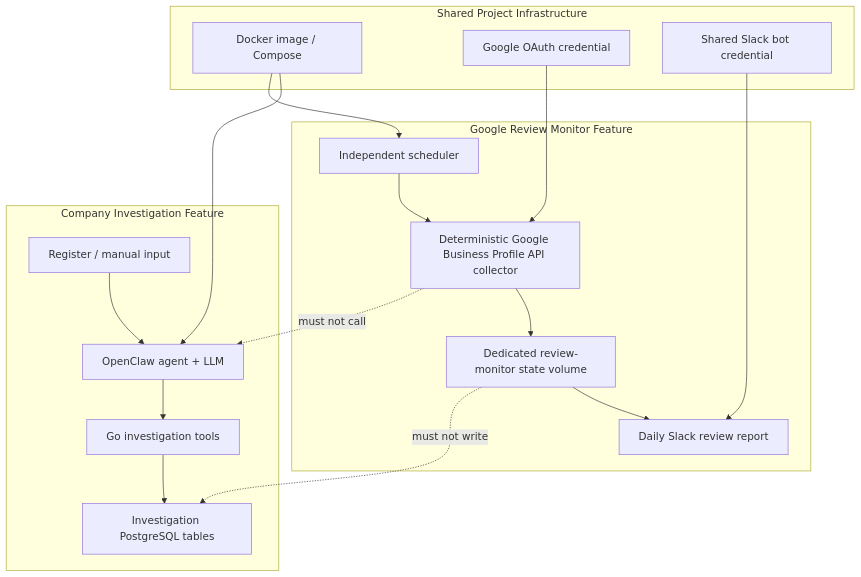
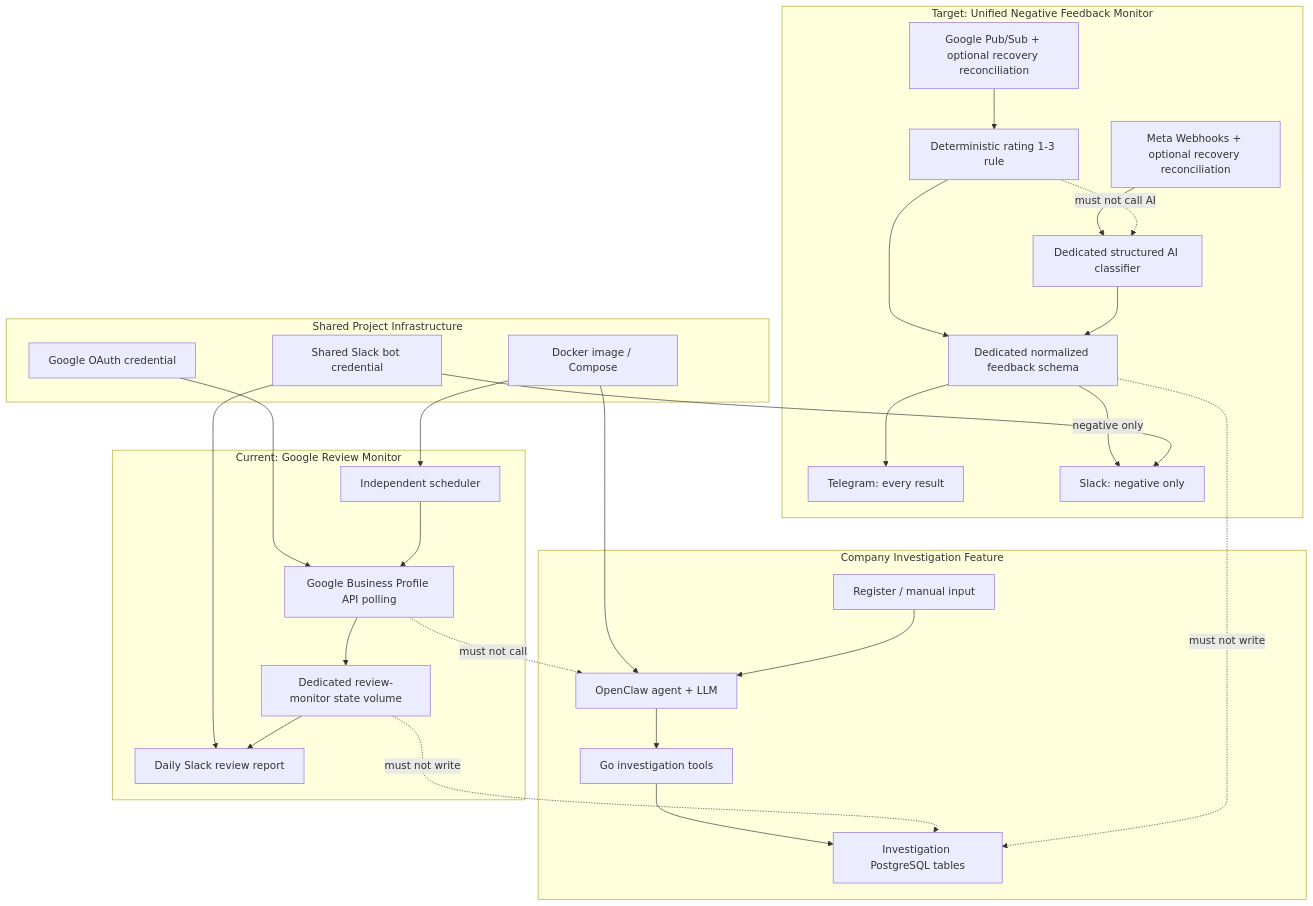
Before and after one commit to nunutech40/company-detector-bot: the second of 12 diagrams in docs/technical/FLOW_MAP.md, drawn with Mermaid. The commit also changed other lines of this file and 18 other files, not shown here.

Commit message:
Add negative feedback monitor

````diff
--- a/docs/technical/FLOW_MAP.md
+++ b/docs/technical/FLOW_MAP.md
@@ -90,32 +123,49 @@
 ```mermaid
 flowchart TB
   subgraph shared["Shared Project Infrastructure"]
     Docker["Docker image / Compose"]
     OAuth["Google OAuth credential"]
     SlackBot["Shared Slack bot credential"]
   end
 
   subgraph investigation["Company Investigation Feature"]
     Intake["Register / manual input"]
     Agent["OpenClaw agent + LLM"]
     Tools["Go investigation tools"]
     InvestigationDB["Investigation PostgreSQL tables"]
   end
 
-  subgraph reviews["Google Review Monitor Feature"]
+  subgraph currentReviews["Current: Google Review Monitor"]
     ReviewScheduler["Independent scheduler"]
-    Collector["Deterministic Google Business Profile API collector"]
+    Collector["Google Business Profile API polling"]
     ReviewState["Dedicated review-monitor state volume"]
     ReviewReport["Daily Slack review report"]
+  end
+
+  subgraph targetFeedback["Target: Unified Negative Feedback Monitor"]
+    GoogleEvents["Google Pub/Sub + optional recovery reconciliation"]
+    GoogleRule["Deterministic rating 1-3 rule"]
+    MetaEvents["Meta Webhooks + optional recovery reconciliation"]
+    MetaClassifier["Dedicated structured AI classifier"]
+    FeedbackDB["Dedicated normalized feedback schema"]
+    TelegramDelivery["Telegram: every result"]
+    SlackDelivery["Slack: negative only"]
   end
 
   Docker --> Agent
   Docker --> ReviewScheduler
   OAuth --> Collector
   SlackBot --> ReviewReport
   Intake --> Agent --> Tools --> InvestigationDB
   ReviewScheduler --> Collector --> ReviewState --> ReviewReport
+  GoogleEvents --> GoogleRule --> FeedbackDB
+  MetaEvents --> MetaClassifier --> FeedbackDB
+  FeedbackDB --> TelegramDelivery
+  FeedbackDB -->|negative only| SlackDelivery
+  SlackBot --> SlackDelivery
 
   Collector -. "must not call" .-> Agent
   ReviewState -. "must not write" .-> InvestigationDB
+  GoogleRule -. "must not call AI" .-> MetaClassifier
+  FeedbackDB -. "must not write" .-> InvestigationDB
 ```
````
